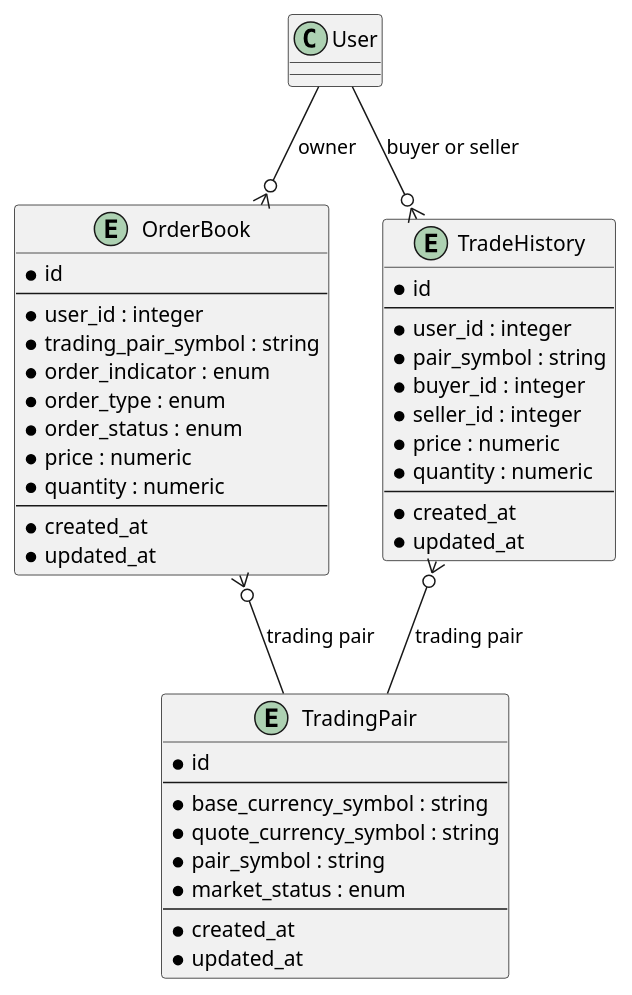
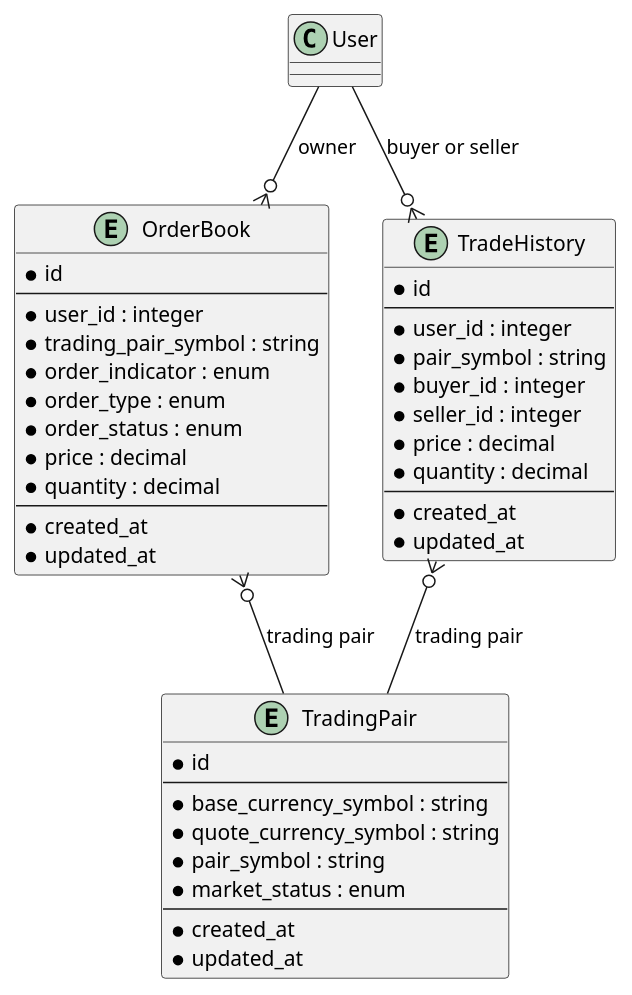
Before and after one commit to xemoe/xemoe-exchange-app: the diagram in design/diagrams/er/Users_OrderBook.puml, drawn with PlantUML. The commit also changed 7 other files, not shown here.

Commit message:
design: add trade fiat with crypto diagram

```diff
--- a/design/diagrams/er/Users_OrderBook.puml
+++ b/design/diagrams/er/Users_OrderBook.puml
@@ -1,52 +1,52 @@
 @startuml
 
 entity TradingPair {
     * id
     --
     * base_currency_symbol : string
     * quote_currency_symbol : string
     * pair_symbol : string
     * market_status : enum
     --
     * created_at
     * updated_at
 }
 
 entity OrderBook {
     * id
     --
     * user_id : integer
     * trading_pair_symbol : string
     * order_indicator : enum
     * order_type : enum
     * order_status : enum
-    * price : numeric
-    * quantity : numeric
+    * price : decimal
+    * quantity : decimal
     --
     * created_at
     * updated_at
 }
 
 entity TradeHistory {
     * id
     --
     * user_id : integer
     * pair_symbol : string
     * buyer_id : integer
     * seller_id : integer
-    * price : numeric
-    * quantity : numeric
+    * price : decimal
+    * quantity : decimal
     --
     * created_at
     * updated_at
 }
 
 ' Relationships
 
 User --o{ OrderBook : owner
 User --o{ TradeHistory : buyer or seller
 
 OrderBook }o-- TradingPair : trading pair
 TradeHistory }o-- TradingPair : trading pair
 
 @enduml
```
